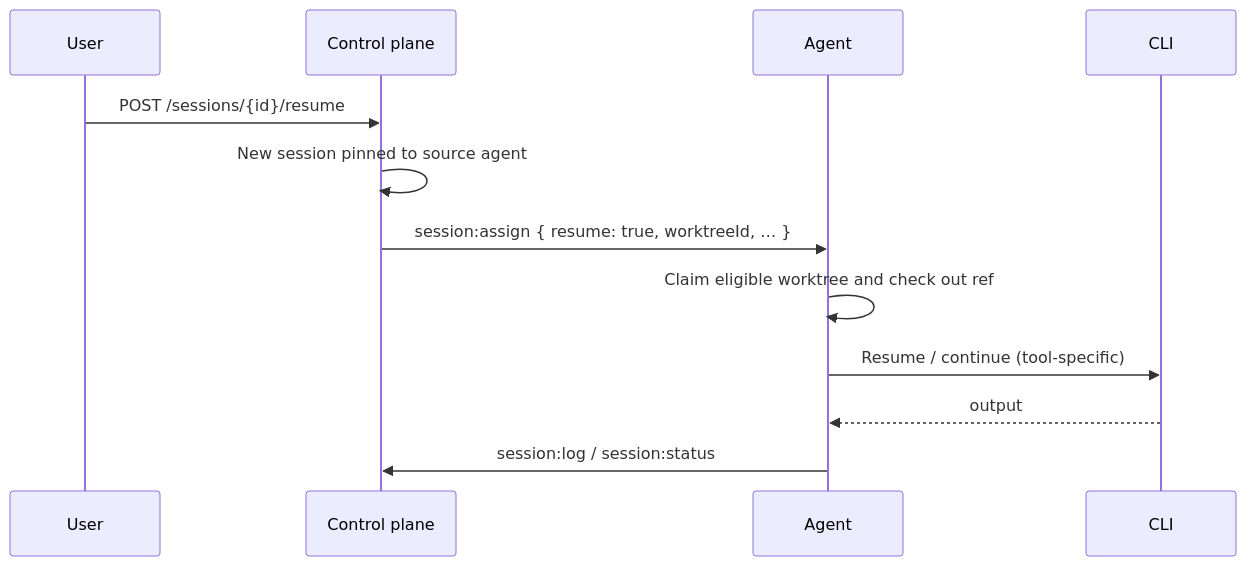
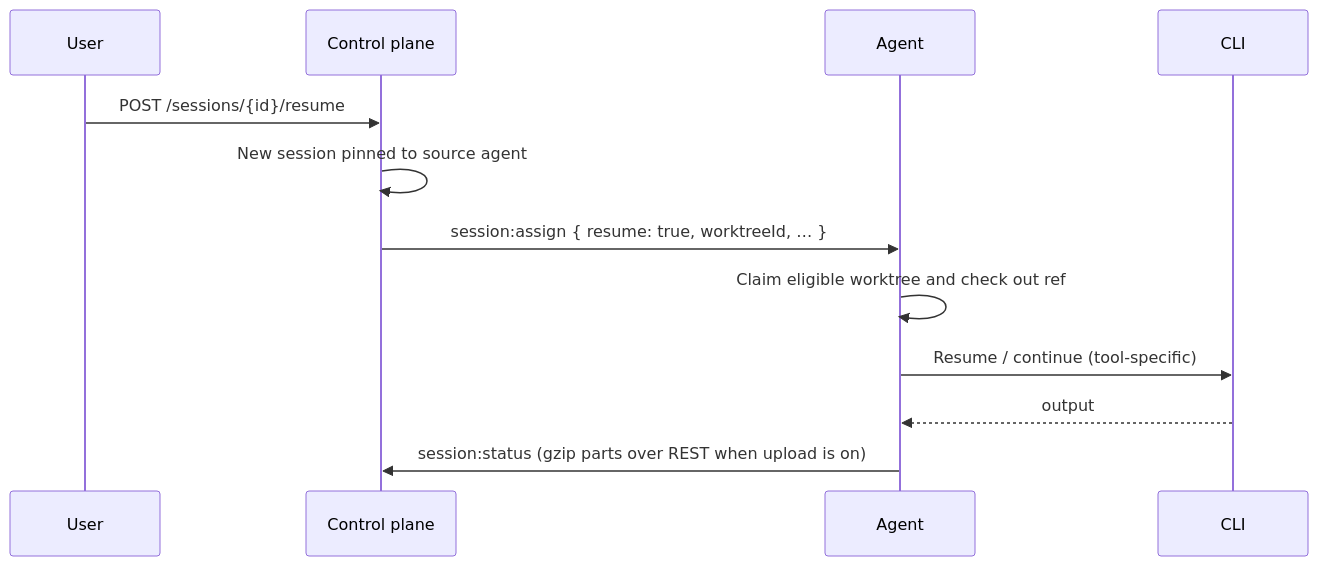
The third of 5 diagrams in docs/host-daemon.md (jonathanong/auto-harness), drawn with Mermaid before and after one commit. The commit also changed other lines of this file and 11 other files, not shown here.

First line of the commit message:
docs: align plan with S3 gzip session logs

````diff
--- a/docs/host-daemon.md
+++ b/docs/host-daemon.md
@@ -285,15 +287,15 @@
 ```mermaid
 sequenceDiagram
     participant User
     participant API as Control plane
     participant Agent
     participant CLI
 
     User->>API: POST /sessions/{id}/resume
     API->>API: New session pinned to source agent
     API->>Agent: session:assign { resume: true, worktreeId, … }
     Agent->>Agent: Claim eligible worktree and check out ref
     Agent->>CLI: Resume / continue (tool-specific)
     CLI-->>Agent: output
-    Agent->>API: session:log / session:status
+    Agent->>API: session:status (gzip parts over REST when upload is on)
 ```
````
